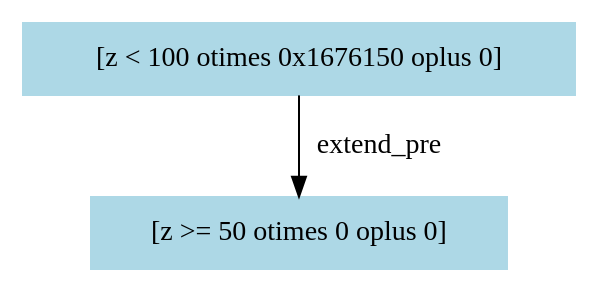
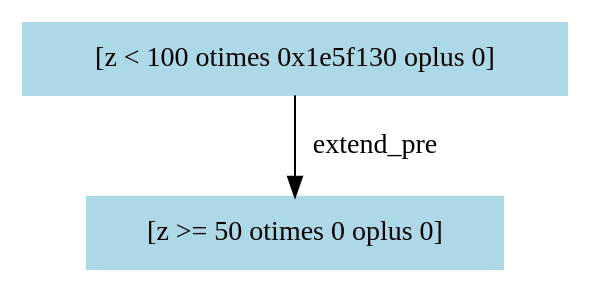
One commit to RangerBu/st-checker changed the diagram in outputs/weights-graphs/8.dot. Above: the diagram before and after it, drawn with Graphviz. The commit also changed 64 other files, not shown here.

```diff
--- a/outputs/weights-graphs/8.dot
+++ b/outputs/weights-graphs/8.dot
@@ -1,5 +1,5 @@
 digraph "[x := x - 2]" {
-"0x167aed0" [label="[z < 100 otimes 0x1676150 oplus 0]", color=lightblue,style=filled,shape=box]
-"0x167aed0" -> "0x1676150" [label=extend_pre,color=black]
-"0x1676150" [label="[z >= 50 otimes 0 oplus 0]", color=lightblue,style=filled,shape=box]
+"0x1e64140" [label="[z < 100 otimes 0x1e5f130 oplus 0]", color=lightblue,style=filled,shape=box]
+"0x1e64140" -> "0x1e5f130" [label=extend_pre,color=black]
+"0x1e5f130" [label="[z >= 50 otimes 0 oplus 0]", color=lightblue,style=filled,shape=box]
 }
```
